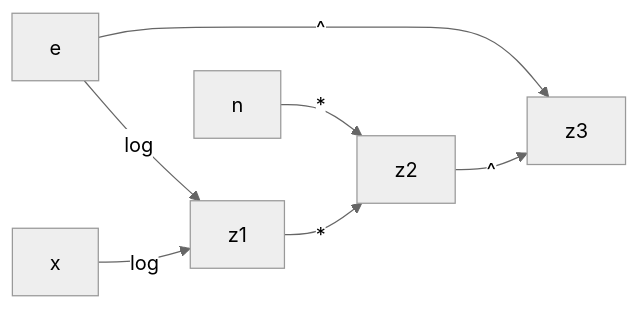
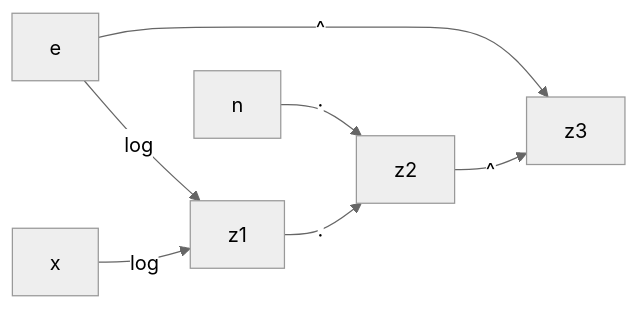
One commit to SuperSamus/appunti-universitari changed the fourth of 6 diagrams in trash/Calcolo numerico/Esercizi errore.md. Above: the diagram before and after it, drawn with Mermaid (neutral theme). The commit also changed other lines of this file, not shown here.

````diff
--- a/trash/Calcolo numerico/Esercizi errore.md
+++ b/trash/Calcolo numerico/Esercizi errore.md
@@ -39,9 +39,9 @@
 ```mermaid
 flowchart LR
 e -- ^ --> z3
 z2 -- ^ --> z3
 x -- log --> z1
 e -- log --> z1
-n -- * --> z2
-z1 -- * --> z2
+n -- · --> z2
+z1 -- · --> z2
 ```
````
